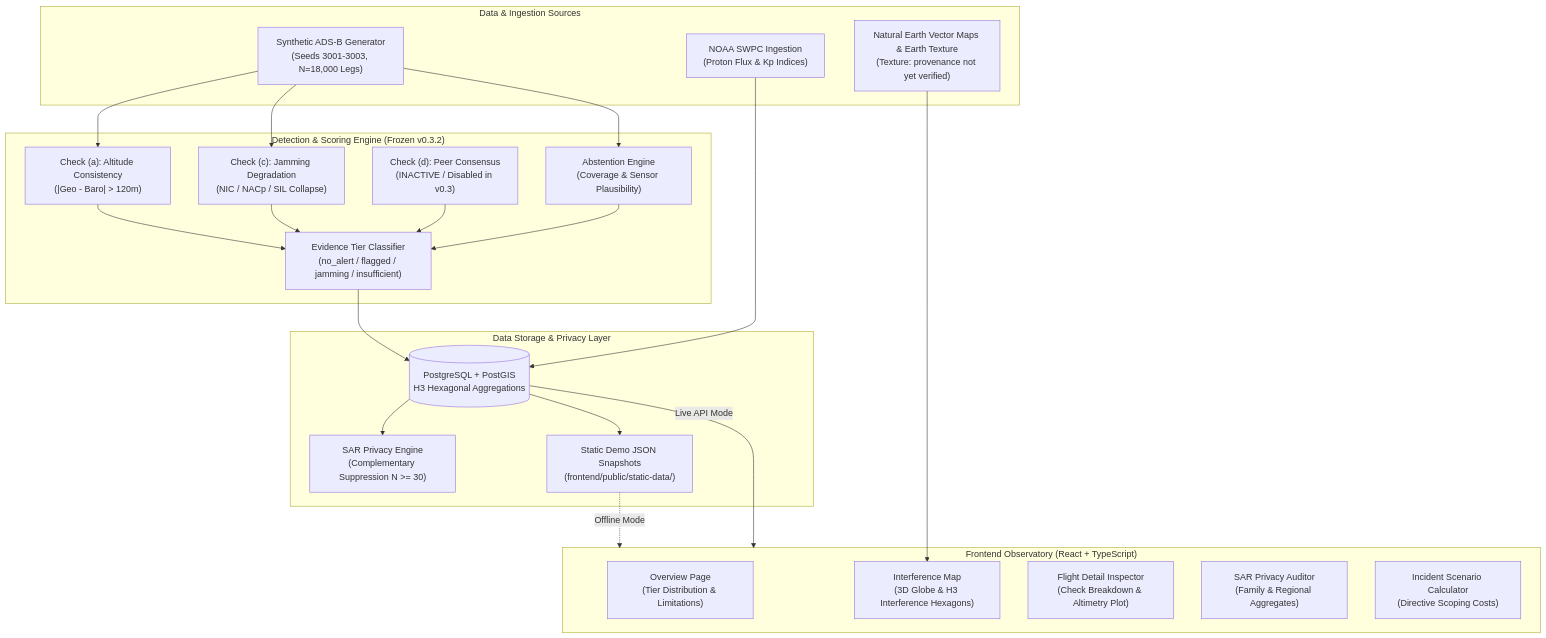
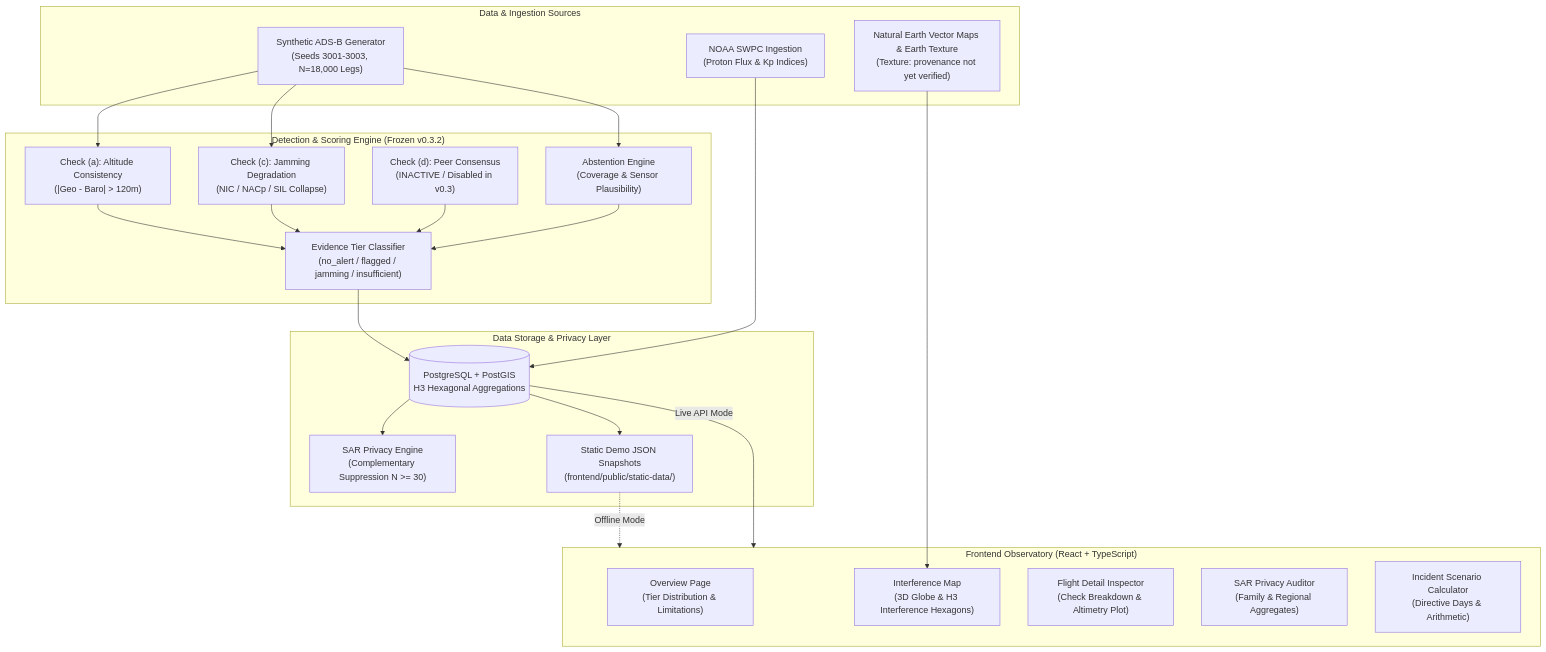
One commit to Pratikshukla13/AeroTrust changed the diagram in README.md. Above: the diagram before and after it, drawn with Mermaid. The commit also changed other lines of this file and 21 other files, not shown here.

````diff
--- a/README.md
+++ b/README.md
@@ -55,40 +55,40 @@
 ```mermaid
 flowchart TD
     subgraph Data_Sources ["Data & Ingestion Sources"]
         ADS_B["Synthetic ADS-B Generator<br/>(Seeds 3001-3003, N=18,000 Legs)"]
         SWPC["NOAA SWPC Ingestion<br/>(Proton Flux & Kp Indices)"]
         NE_GEO["Natural Earth Vector Maps & Earth Texture<br/>(Texture: provenance not yet verified)"]
     end
 
     subgraph Core_Engine ["Detection & Scoring Engine (Frozen v0.3.2)"]
         CHECK_A["Check (a): Altitude Consistency<br/>(|Geo - Baro| > 120m)"]
         CHECK_C["Check (c): Jamming Degradation<br/>(NIC / NACp / SIL Collapse)"]
         CHECK_D["Check (d): Peer Consensus<br/>(INACTIVE / Disabled in v0.3)"]
         ABSTAIN["Abstention Engine<br/>(Coverage & Sensor Plausibility)"]
         TIER_MAP["Evidence Tier Classifier<br/>(no_alert / flagged / jamming / insufficient)"]
     end
 
     subgraph Storage_Layer ["Data Storage & Privacy Layer"]
         PG_DB[("PostgreSQL + PostGIS<br/>H3 Hexagonal Aggregations")]
         SAR_ENG["SAR Privacy Engine<br/>(Complementary Suppression N >= 30)"]
         STATIC_SNAPS["Static Demo JSON Snapshots<br/>(frontend/public/static-data/)"]
     end
 
     subgraph Observatory_UI ["Frontend Observatory (React + TypeScript)"]
         UI_OVERVIEW["Overview Page<br/>(Tier Distribution & Limitations)"]
         UI_MAP["Interference Map<br/>(3D Globe & H3 Interference Hexagons)"]
         UI_FLIGHT["Flight Detail Inspector<br/>(Check Breakdown & Altimetry Plot)"]
         UI_SAR["SAR Privacy Auditor<br/>(Family & Regional Aggregates)"]
-        UI_INCIDENT["Incident Scenario Calculator<br/>(Directive Scoping Costs)"]
+        UI_INCIDENT["Incident Scenario Calculator<br/>(Directive Days & Arithmetic)"]
     end
 
     ADS_B --> CHECK_A & CHECK_C & ABSTAIN
     CHECK_A & CHECK_C & CHECK_D & ABSTAIN --> TIER_MAP
     TIER_MAP --> PG_DB
     SWPC --> PG_DB
     PG_DB --> SAR_ENG
     PG_DB --> STATIC_SNAPS
     STATIC_SNAPS -.->|Offline Mode| Observatory_UI
     PG_DB -->|Live API Mode| Observatory_UI
     NE_GEO --> UI_MAP
 ```
````
